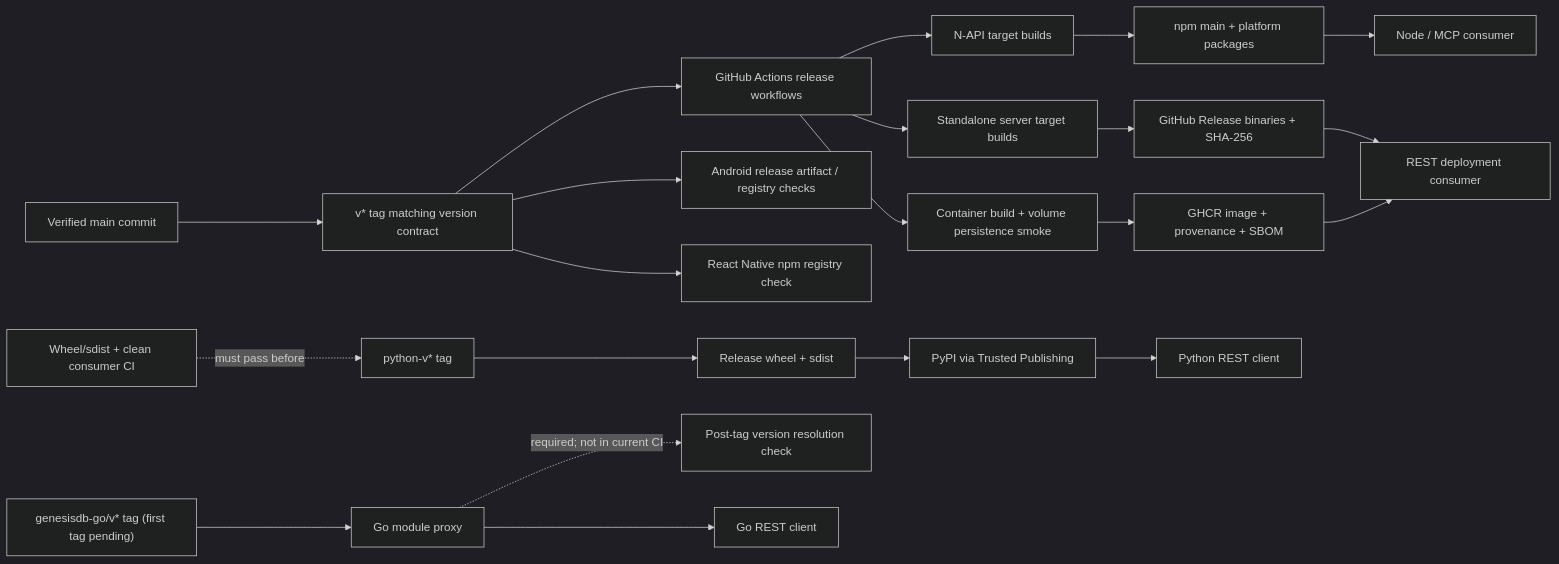
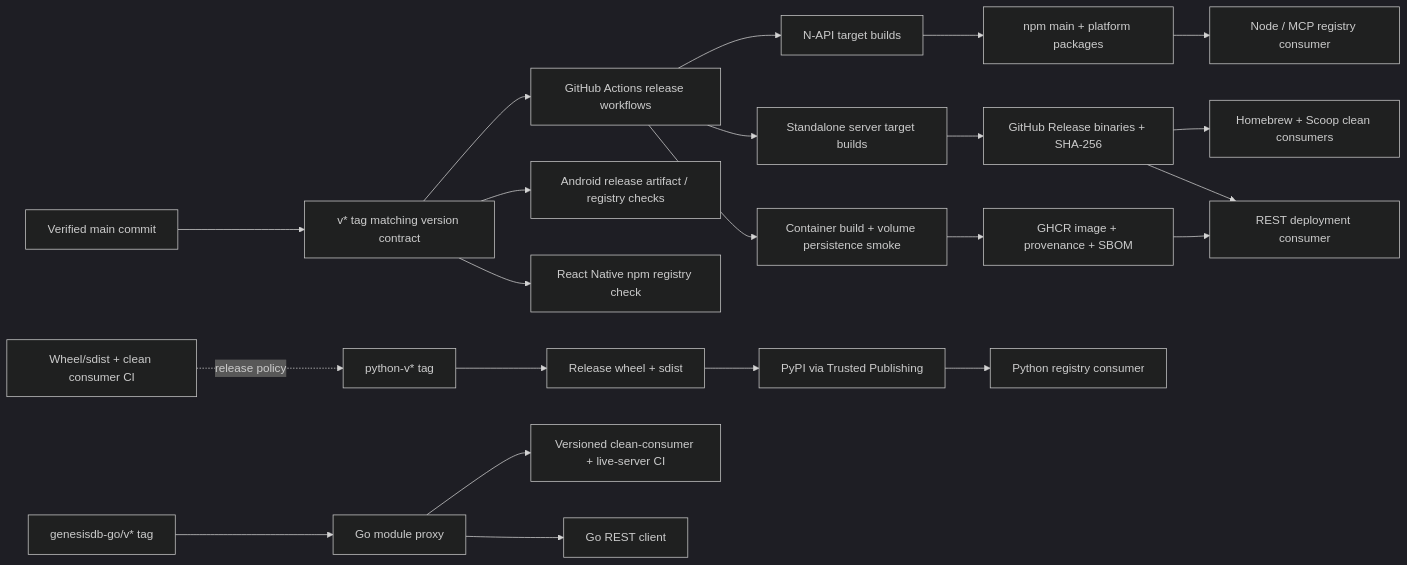
The third of 3 diagrams in docs/C4--GENESISDB-ARCHITECTURE.md (Freshair129/GenesisBlock), drawn with Mermaid (dark theme) before and after one commit. The commit also changed other lines of this file and 40 other files, not shown here.

First line of the commit message:
ci(release): complete distribution consumer checks (#188)

````diff
--- a/docs/C4--GENESISDB-ARCHITECTURE.md
+++ b/docs/C4--GENESISDB-ARCHITECTURE.md
@@ -157,25 +158,26 @@
 ```mermaid
 flowchart LR
     main["Verified main commit"] --> engineTag["v* tag matching version contract"]
     engineTag --> releaseActions["GitHub Actions release workflows"]
     releaseActions --> napiBuild["N-API target builds"]
     napiBuild --> npm["npm main + platform packages"]
     releaseActions --> serverBuild["Standalone server target builds"]
     serverBuild --> ghRelease["GitHub Release binaries + SHA-256"]
     releaseActions --> containerSmoke["Container build + volume persistence smoke"]
     containerSmoke --> ghcr["GHCR image + provenance + SBOM"]
     engineTag --> android["Android release artifact / registry checks"]
     engineTag --> rn["React Native npm registry check"]
+    ghRelease --> packageManagers["Homebrew + Scoop clean consumers"]
 
-    pythonCi["Wheel/sdist + clean consumer CI"] -. must pass before .-> pythonTag["python-v* tag"]
+    pythonCi["Wheel/sdist + clean consumer CI"] -. release policy .-> pythonTag["python-v* tag"]
     pythonTag --> pypiBuild["Release wheel + sdist"]
     pypiBuild --> pypi["PyPI via Trusted Publishing"]
-    goTag["genesisdb-go/v* tag (first tag pending)"] --> goProxy["Go module proxy"]
-    goProxy -. "required; not in current CI" .-> goCheck["Post-tag version resolution check"]
+    goTag["genesisdb-go/v* tag"] --> goProxy["Go module proxy"]
+    goProxy --> goCheck["Versioned clean-consumer + live-server CI"]
 
-    npm --> consumerNpm["Node / MCP consumer"]
+    npm --> consumerNpm["Node / MCP registry consumer"]
     ghRelease --> consumerServer["REST deployment consumer"]
     ghcr --> consumerServer
-    pypi --> consumerPython["Python REST client"]
+    pypi --> consumerPython["Python registry consumer"]
     goProxy --> consumerGo["Go REST client"]
 ```
````
